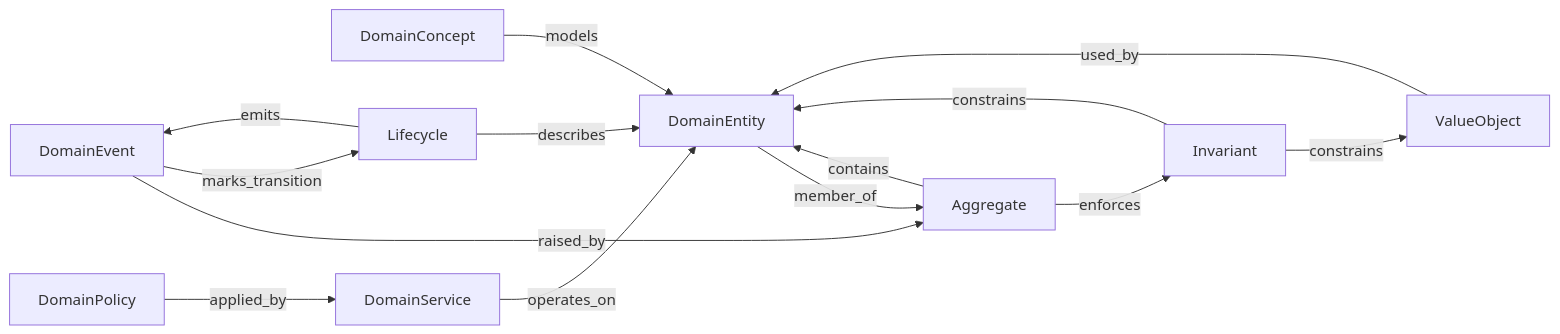
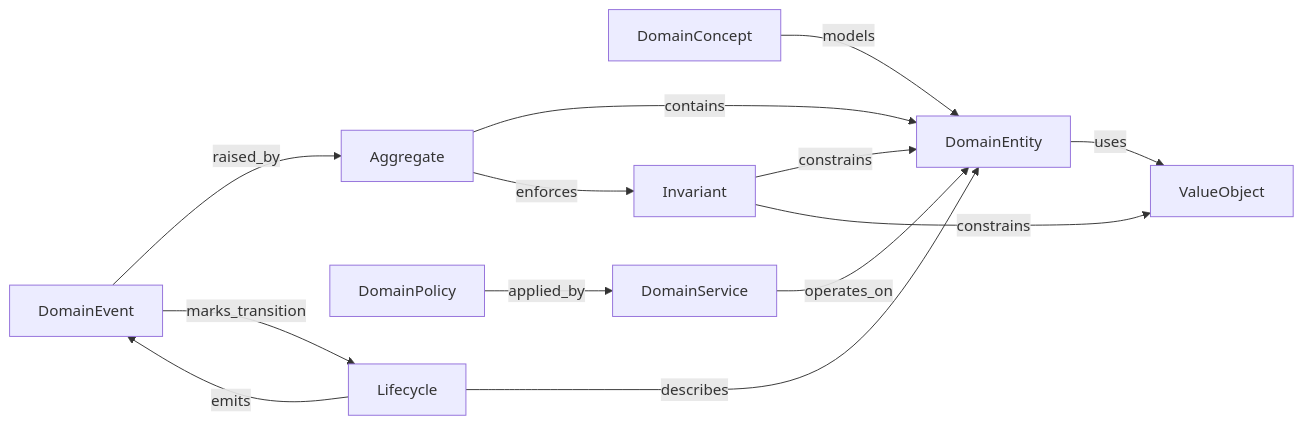
One commit to phuc10kn/task_transportor changed the diagram in docs/guide/reference/entity-maps/variants/ddd/04-domain/interaction-map.md. Above: the diagram before and after it, drawn with Mermaid. The commit also changed other lines of this file and 59 other files, not shown here.

````diff
--- a/docs/guide/reference/entity-maps/variants/ddd/04-domain/interaction-map.md
+++ b/docs/guide/reference/entity-maps/variants/ddd/04-domain/interaction-map.md
@@ -7,26 +7,25 @@
 ```mermaid
 flowchart LR
   DC[DomainConcept]
   DE[DomainEntity]
   VO[ValueObject]
   AG[Aggregate]
   INV[Invariant]
   DP[DomainPolicy]
   DS[DomainService]
   DEV[DomainEvent]
   LC[Lifecycle]
 
   DC -->|models| DE
-  DE -->|member_of| AG
   AG -->|contains| DE
-  VO -->|used_by| DE
+  DE -->|uses| VO
   AG -->|enforces| INV
   INV -->|constrains| DE
   INV -->|constrains| VO
   DP -->|applied_by| DS
   DS -->|operates_on| DE
   DEV -->|raised_by| AG
   DEV -->|marks_transition| LC
   LC -->|describes| DE
   LC -->|emits| DEV
 ```
````
